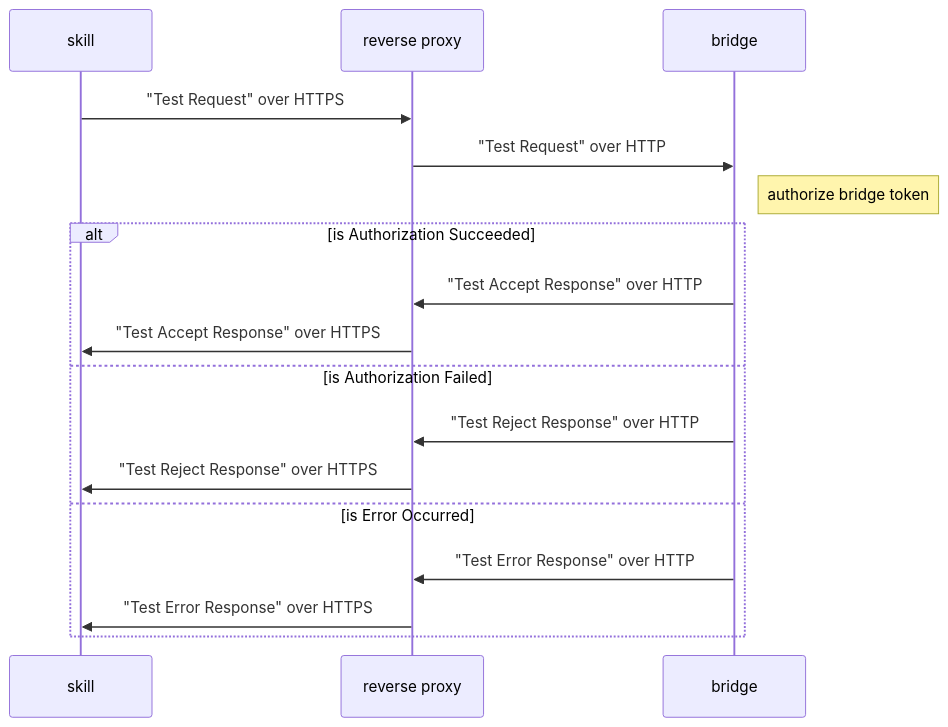
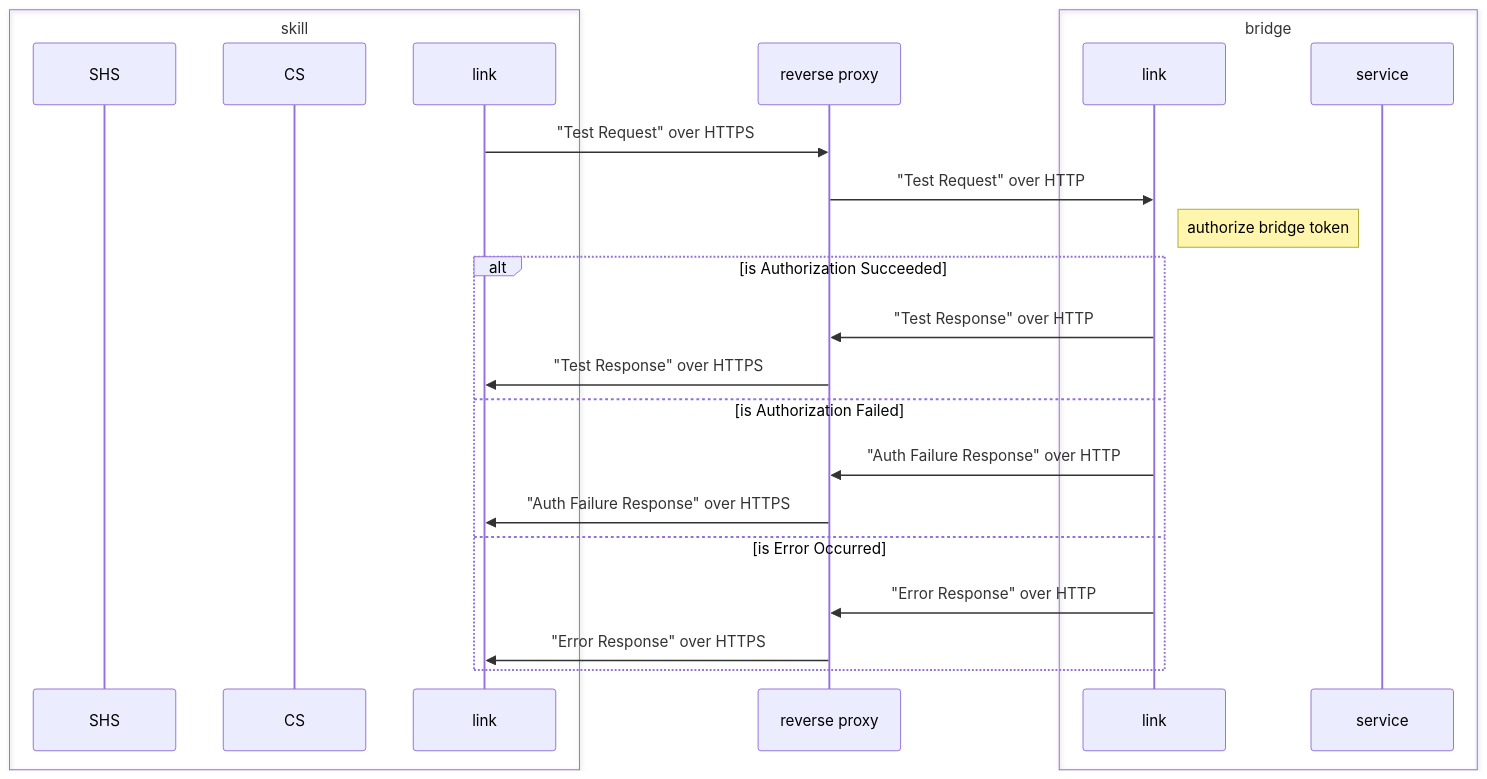
The second of 3 diagrams in docs.in/pages/design/skill-to-bridge-interface.md (pebender/alexa-for-lg-webos-tv), drawn with Mermaid before and after one commit. The commit also changed other lines of this file and 1 other file, not shown here.

````diff
--- a/docs.in/pages/design/skill-to-bridge-interface.md
+++ b/docs.in/pages/design/skill-to-bridge-interface.md
@@ -181,20 +188,27 @@
 ```mermaid
 sequenceDiagram
-  participant skill as skill
+  box skill
+    participant skill_shs as SHS
+    participant skill_cs as CS
+    participant skill_link as link
+  end
   participant proxy as reverse proxy
-  participant bridge as bridge
+  box bridge
+    participant bridge_link as link
+    participant bridge_service as service
+  end
 
-  skill->>proxy: "Test Request" over HTTPS
-  proxy->>bridge: "Test Request" over HTTP
-  note right of bridge: authorize bridge token
+  skill_link->>proxy: "Test Request" over HTTPS
+  proxy->>bridge_link: "Test Request" over HTTP
+  note right of bridge_link: authorize bridge token
   alt is Authorization Succeeded
-    bridge->>proxy: "Test Accept Response" over HTTP
-    proxy->>skill: "Test Accept Response" over HTTPS
+    bridge_link->>proxy: "Test Response" over HTTP
+    proxy->>skill_link: "Test Response" over HTTPS
   else is Authorization Failed
-    bridge->>proxy: "Test Reject Response" over HTTP
-    proxy->>skill: "Test Reject Response" over HTTPS
+    bridge_link->>proxy: "Auth Failure Response" over HTTP
+    proxy->>skill_link: "Auth Failure Response" over HTTPS
   else is Error Occurred
-    bridge->>proxy: "Test Error Response" over HTTP
-    proxy->>skill: "Test Error Response" over HTTPS
+    bridge_link->>proxy: "Error Response" over HTTP
+    proxy->>skill_link: "Error Response" over HTTPS
   end
 ```
````
